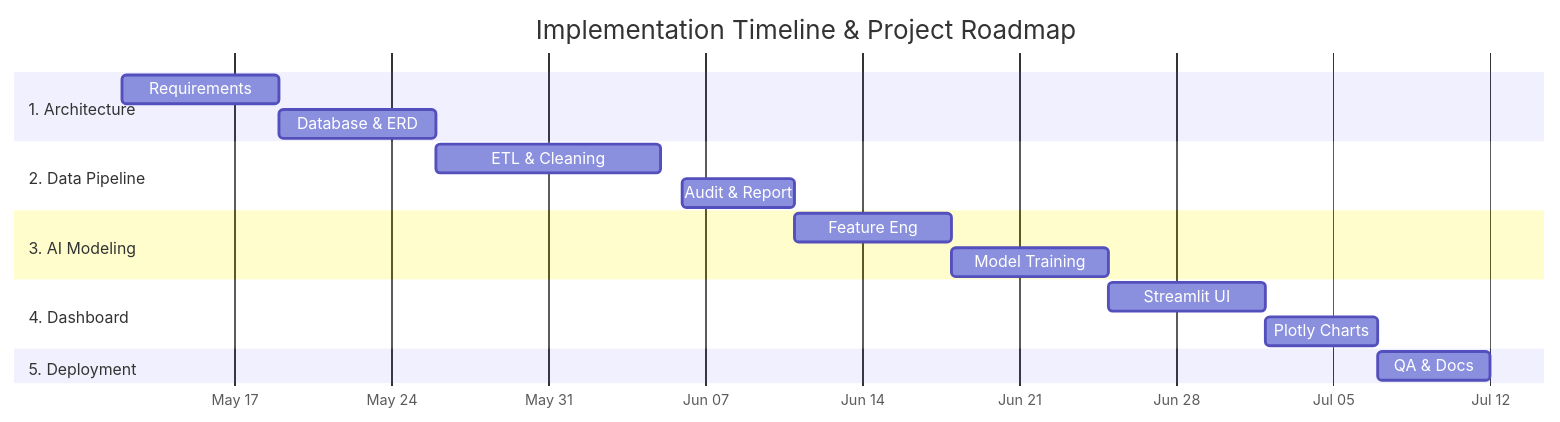
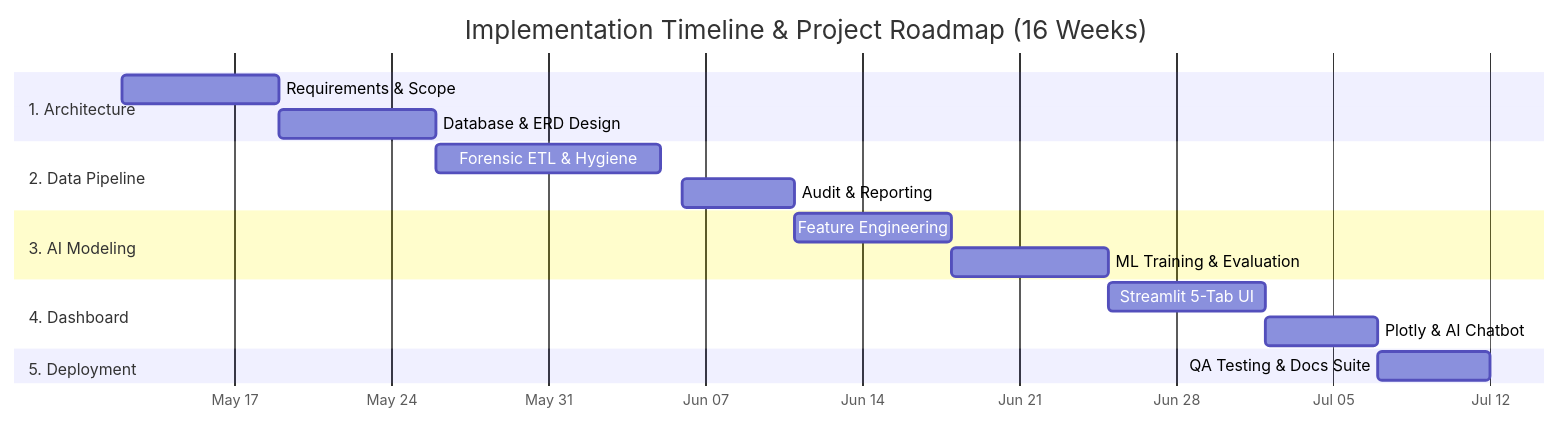
One commit to Huda-Amr/carbon-heist-mitigation changed the diagram in Project Documentations/01_Project_Proposal_and_Planning.md. Above: the diagram before and after it, drawn with Mermaid. The commit also changed other lines of this file, not shown here.

Commit message:
Re-format Project Proposal and Executive Planning document (Doc 01) into an ultra-clean C-Suite standard with structured numbering, refined KPI matrix, and dual-engine AI integration

````diff
--- a/Project Documentations/01_Project_Proposal_and_Planning.md
+++ b/Project Documentations/01_Project_Proposal_and_Planning.md
@@ -98,20 +102,20 @@
 ```mermaid
 gantt
-    title Implementation Timeline & Project Roadmap
+    title Implementation Timeline & Project Roadmap (16 Weeks)
     dateFormat  YYYY-MM-DD
     axisFormat  %b %d
     section 1. Architecture
-    Requirements            :a1, 2026-05-12, 7d
-    Database & ERD          :a2, 2026-05-19, 7d
+    Requirements & Scope    :a1, 2026-05-12, 7d
+    Database & ERD Design   :a2, 2026-05-19, 7d
     section 2. Data Pipeline
-    ETL & Cleaning          :b1, 2026-05-26, 10d
-    Audit & Report          :b2, 2026-06-06, 5d
+    Forensic ETL & Hygiene  :b1, 2026-05-26, 10d
+    Audit & Reporting       :b2, 2026-06-06, 5d
     section 3. AI Modeling
-    Feature Eng             :c1, 2026-06-11, 7d
-    Model Training          :c2, 2026-06-18, 7d
+    Feature Engineering     :c1, 2026-06-11, 7d
+    ML Training & Evaluation:c2, 2026-06-18, 7d
     section 4. Dashboard
-    Streamlit UI            :d1, 2026-06-25, 7d
-    Plotly Charts           :d2, 2026-07-02, 5d
+    Streamlit 5-Tab UI      :d1, 2026-06-25, 7d
+    Plotly & AI Chatbot     :d2, 2026-07-02, 5d
     section 5. Deployment
-    QA & Docs               :e1, 2026-07-07, 5d
+    QA Testing & Docs Suite :e1, 2026-07-07, 5d
 ```
````
